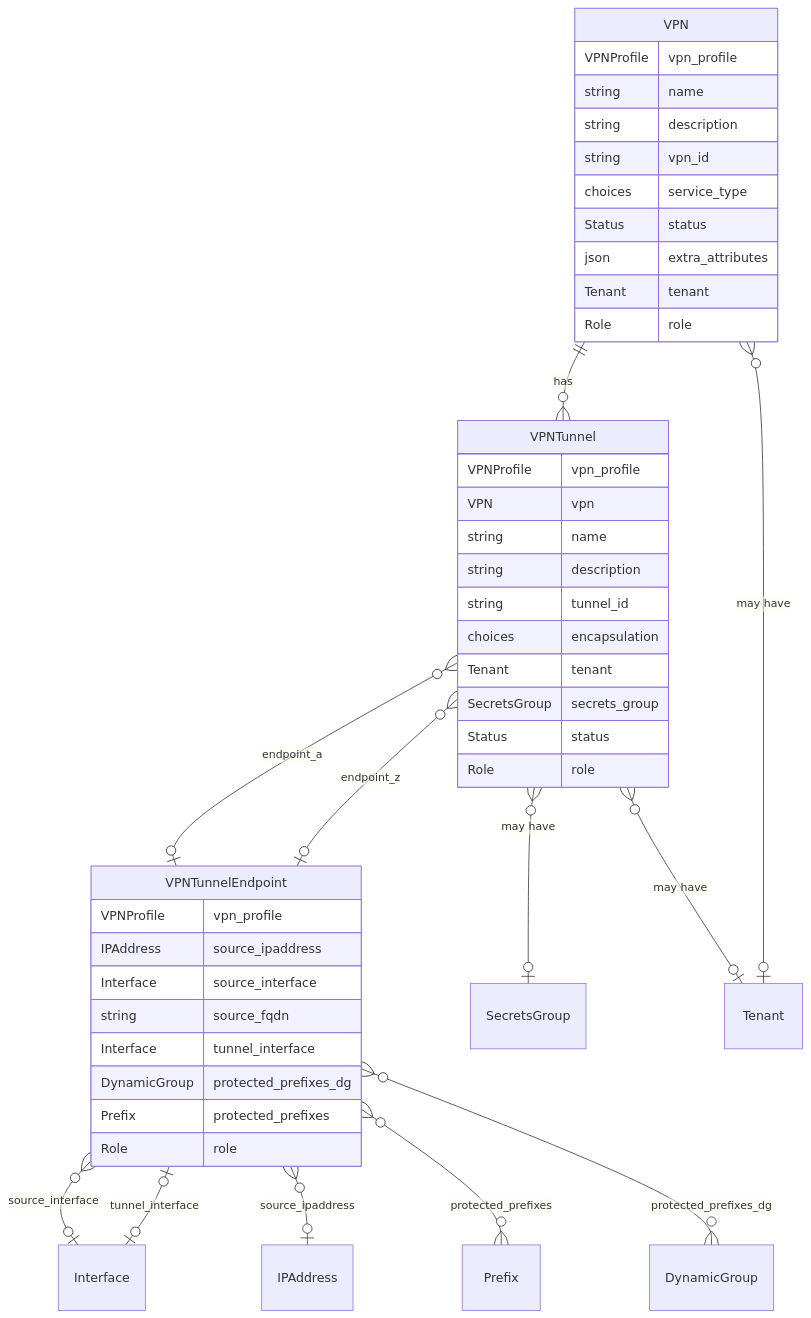
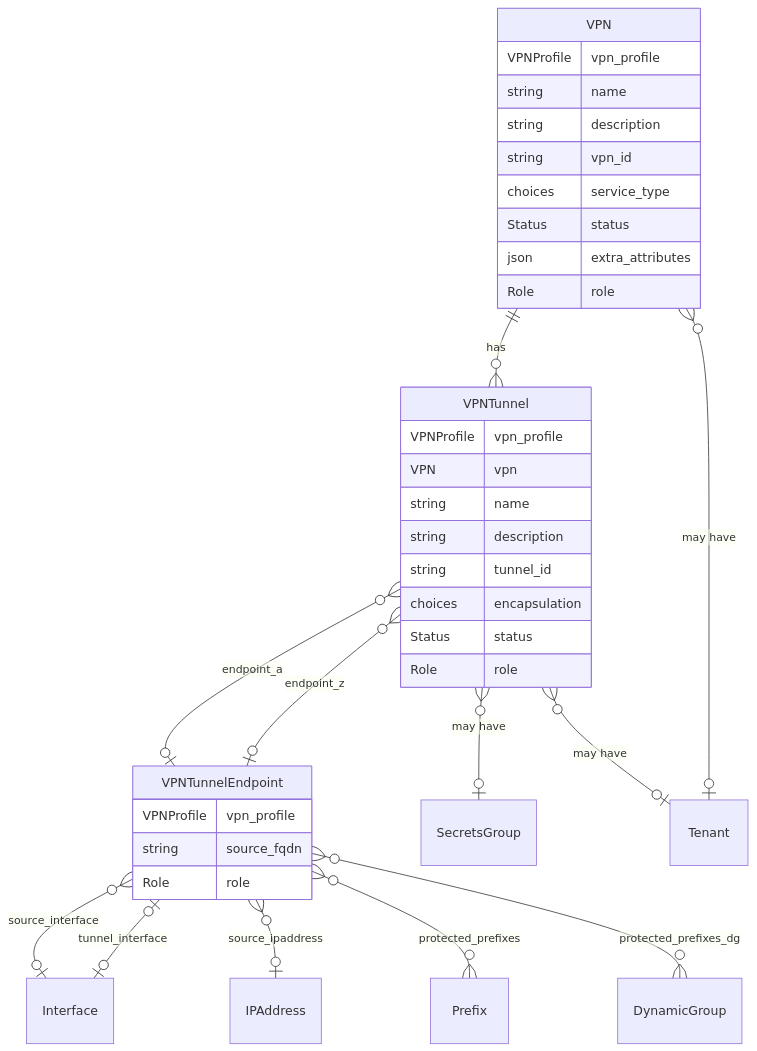
Before and after one commit to nautobot/nautobot: the third of 11 diagrams in nautobot/docs/user-guide/core-data-model/vpn/index.md, drawn with Mermaid. The commit also changed other lines of this file and 8 other files, not shown here.

````diff
--- a/nautobot/docs/user-guide/core-data-model/vpn/index.md
+++ b/nautobot/docs/user-guide/core-data-model/vpn/index.md
@@ -112,59 +108,51 @@
 ```mermaid
 erDiagram
     "nautobot_vpn_models.VPN"[VPN] {
         VPNProfile vpn_profile
         string name
         string description
         string vpn_id
         choices service_type
         Status status
         json extra_attributes
-        Tenant tenant
         Role role
     }
 
     "nautobot_vpn_models.VPNTunnel"[VPNTunnel] {
         VPNProfile vpn_profile
         VPN vpn
         string name
         string description
         string tunnel_id
         choices encapsulation
-        Tenant tenant
-        SecretsGroup secrets_group
         Status status
         Role role
     }
 
     "nautobot_vpn_models.VPNTunnelEndpoint"[VPNTunnelEndpoint] {
         VPNProfile vpn_profile
-        IPAddress source_ipaddress
-        Interface source_interface
         string source_fqdn
-        Interface tunnel_interface
-        DynamicGroup protected_prefixes_dg
-        Prefix protected_prefixes
         Role role
     }
 
     "tenancy.Tenant"[Tenant] {}
     "extras.SecretsGroup"[SecretsGroup] {}
     "dcim.Interface"[Interface] {}
     "ipam.IPAddress"[IPAddress] {}
     "ipam.Prefix"[Prefix] {}
     "extras.DynamicGroup"[DynamicGroup] {}
 
     "nautobot_vpn_models.VPN" ||--o{ "nautobot_vpn_models.VPNTunnel" : "has"
     "nautobot_vpn_models.VPN" }o--o| "tenancy.Tenant" : "may have"
 
     "nautobot_vpn_models.VPNTunnel" }o--o| "nautobot_vpn_models.VPNTunnelEndpoint" : "endpoint_a"
     "nautobot_vpn_models.VPNTunnel" }o--o| "nautobot_vpn_models.VPNTunnelEndpoint" : "endpoint_z"
     "nautobot_vpn_models.VPNTunnel" }o--o| "extras.SecretsGroup" : "may have"
     "nautobot_vpn_models.VPNTunnel" }o--o| "tenancy.Tenant" : "may have"
 
     "nautobot_vpn_models.VPNTunnelEndpoint" }o--o| "dcim.Interface" : "source_interface"
     "nautobot_vpn_models.VPNTunnelEndpoint" |o--o| "dcim.Interface" : "tunnel_interface"
     "nautobot_vpn_models.VPNTunnelEndpoint" }o--o| "ipam.IPAddress" : "source_ipaddress"
     "nautobot_vpn_models.VPNTunnelEndpoint" }o--o{ "ipam.Prefix" : "protected_prefixes"
     "nautobot_vpn_models.VPNTunnelEndpoint" }o--o{ "extras.DynamicGroup" : "protected_prefixes_dg"
 ```
````
